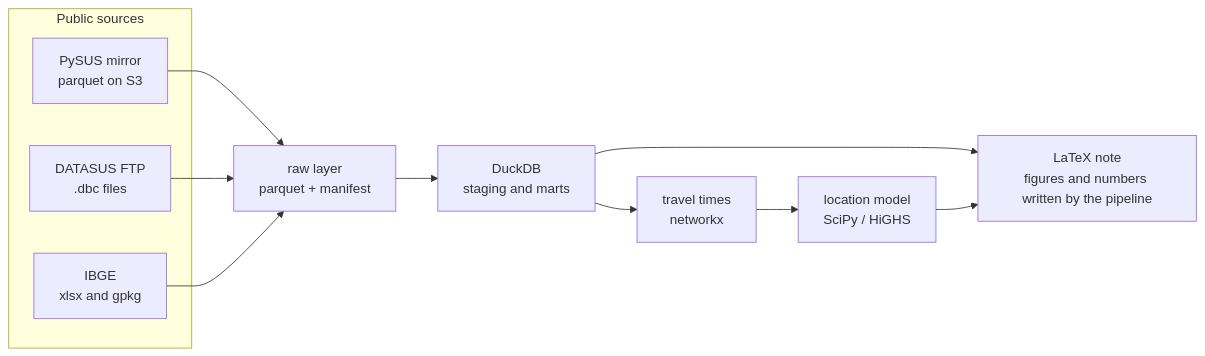
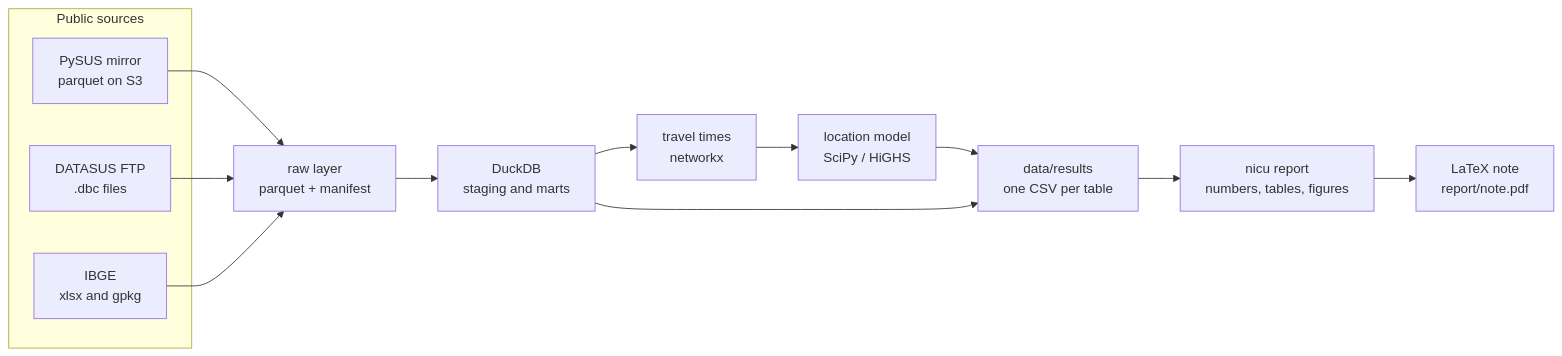
One commit to paulianne-fontoura/nicu-access-brazil changed the diagram in docs/design.md. Above: the diagram before and after it, drawn with Mermaid. The commit also changed other lines of this file and 31 other files, not shown here.

Commit message:
Session 3 - the note, written by the pipeline

````diff
--- a/docs/design.md
+++ b/docs/design.md
@@ -59,16 +62,18 @@
 ```mermaid
 flowchart LR
   subgraph sources[Public sources]
     M[PySUS mirror<br/>parquet on S3]
     F[DATASUS FTP<br/>.dbc files]
     I[IBGE<br/>xlsx and gpkg]
   end
   M --> R
   F --> R
   I --> R
   R[raw layer<br/>parquet + manifest] --> W[DuckDB<br/>staging and marts]
   W --> G[travel times<br/>networkx]
   G --> O[location model<br/>SciPy / HiGHS]
-  W --> N[LaTeX note<br/>figures and numbers written by the pipeline]
-  O --> N
+  O --> T[data/results<br/>one CSV per table]
+  W --> T
+  T --> N[nicu report<br/>numbers, tables, figures]
+  N --> P[LaTeX note<br/>report/note.pdf]
 ```
````
